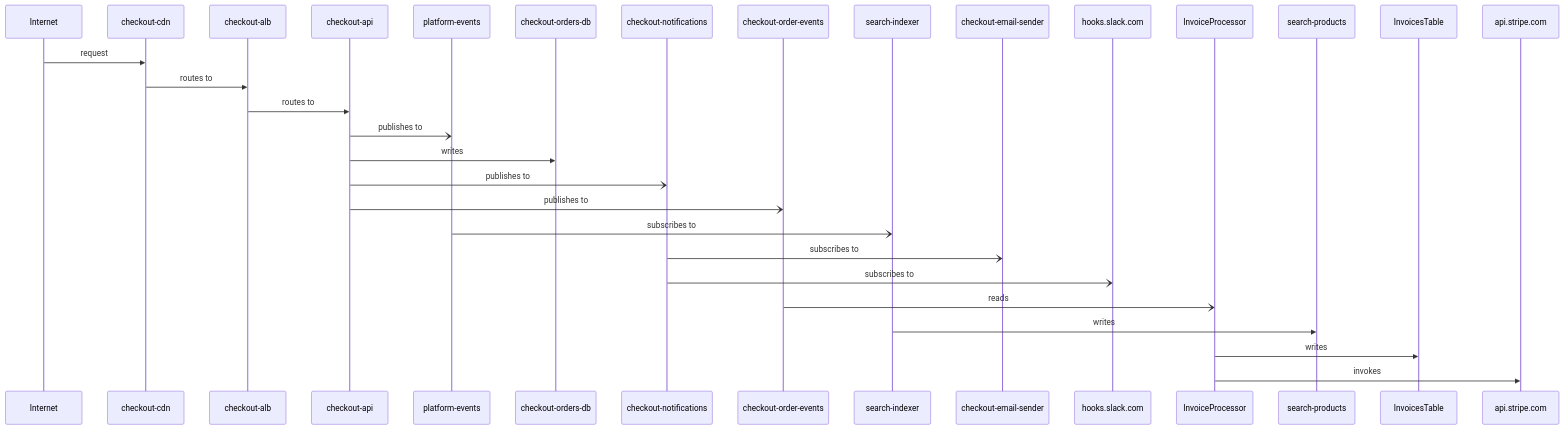
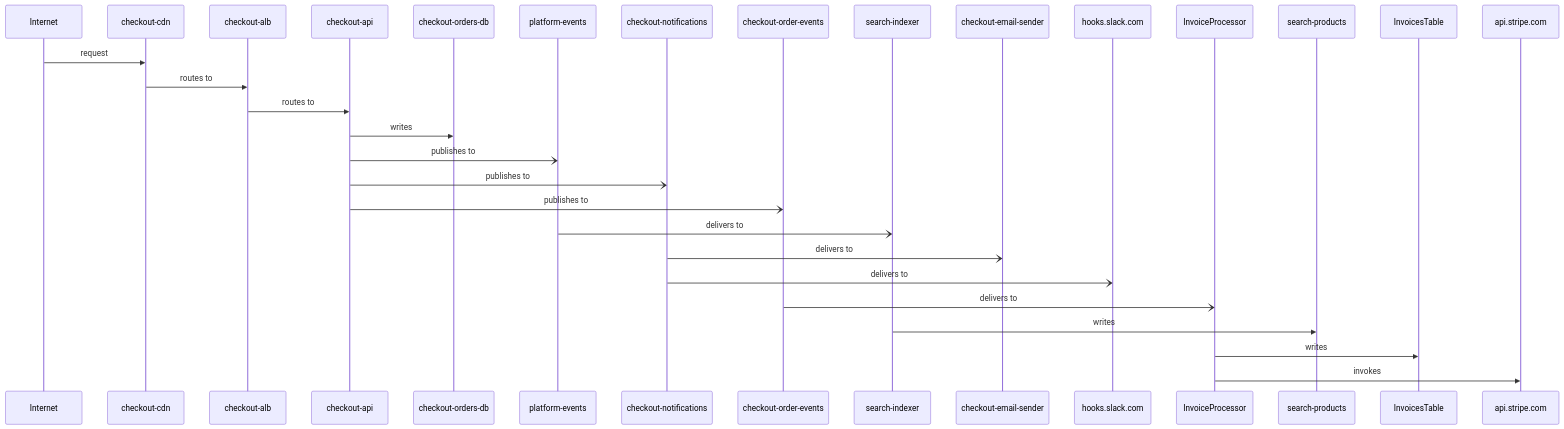
One commit to gonzaloan/sprawlr changed the third of 7 diagrams in examples/demo-architecture/README.md. Above: the diagram before and after it, drawn with Mermaid. The commit also changed other lines of this file and 27 other files, not shown here.

````diff
--- a/examples/demo-architecture/README.md
+++ b/examples/demo-architecture/README.md
@@ -73,32 +73,32 @@
 ```mermaid
 sequenceDiagram
   participant internet as Internet
   participant p0 as checkout-cdn
   participant p1 as checkout-alb
   participant p2 as checkout-api
-  participant p3 as platform-events
-  participant p4 as checkout-orders-db
+  participant p3 as checkout-orders-db
+  participant p4 as platform-events
   participant p5 as checkout-notifications
   participant p6 as checkout-order-events
   participant p7 as search-indexer
   participant p8 as checkout-email-sender
   participant p9 as hooks.slack.com
   participant p10 as InvoiceProcessor
   participant p11 as search-products
   participant p12 as InvoicesTable
   participant p13 as api.stripe.com
   internet->>p0: request
   p0->>p1: routes to
   p1->>p2: routes to
-  p2-)p3: publishes to
-  p2->>p4: writes
+  p2->>p3: writes
+  p2-)p4: publishes to
   p2-)p5: publishes to
   p2-)p6: publishes to
-  p3-)p7: subscribes to
-  p5-)p8: subscribes to
-  p5-)p9: subscribes to
-  p6-)p10: reads
+  p4-)p7: delivers to
+  p5-)p8: delivers to
+  p5-)p9: delivers to
+  p6-)p10: delivers to
   p7->>p11: writes
   p10->>p12: writes
   p10->>p13: invokes
 ```
````
